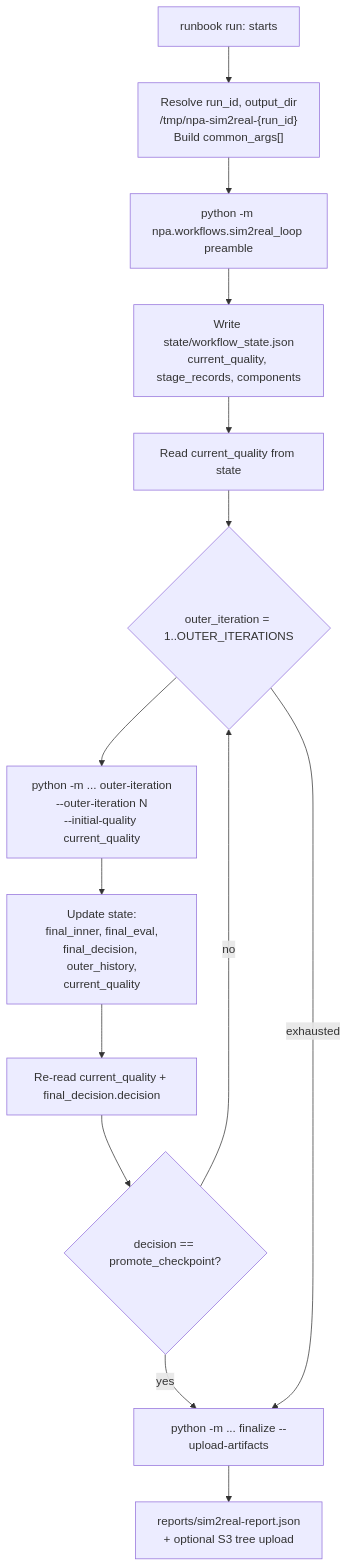
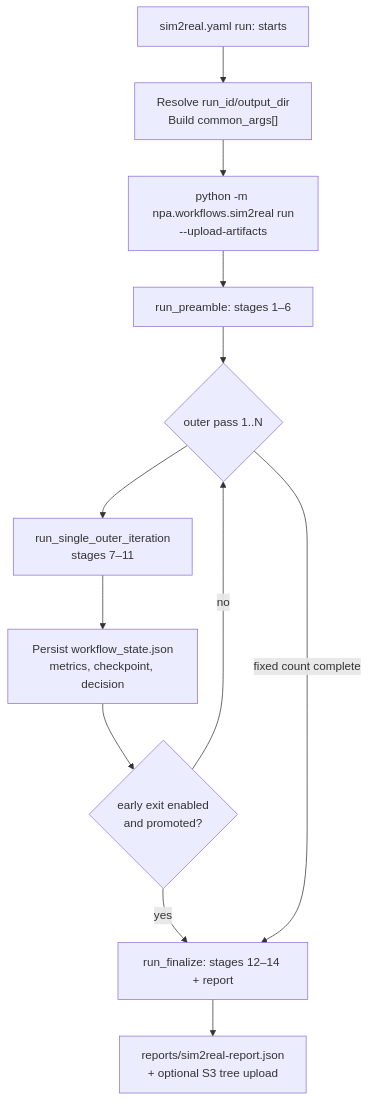
Before and after one commit to nebius/nebius-physical-ai: the second of 6 diagrams in docs/workbench/guides/sim2real-architecture.md, drawn with Mermaid. The commit also changed other lines of this file and 56 other files, not shown here.

Commit message:
feat(sim2real): make canonical workflow operator ready

````diff
--- a/docs/workbench/guides/sim2real-architecture.md
+++ b/docs/workbench/guides/sim2real-architecture.md
@@ -55,17 +56,15 @@
 ```mermaid
 flowchart TD
-  START["runbook run: starts"] --> SETUP["Resolve run_id, output_dir<br/>/tmp/npa-sim2real-{run_id}<br/>Build common_args[]"]
-  SETUP --> P["python -m npa.workflows.sim2real_loop preamble"]
-  P --> STATE["Write state/workflow_state.json<br/>current_quality, stage_records, components"]
-  STATE --> READQ["Read current_quality from state"]
-  READQ --> LOOP{"outer_iteration = 1..OUTER_ITERATIONS"}
-  LOOP --> OI["python -m ... outer-iteration<br/>--outer-iteration N<br/>--initial-quality current_quality"]
-  OI --> UPD["Update state:<br/>final_inner, final_eval,<br/>final_decision, outer_history,<br/>current_quality"]
-  UPD --> READQ2["Re-read current_quality + final_decision.decision"]
-  READQ2 --> PROMOTE{"decision == promote_checkpoint?"}
-  PROMOTE -->|yes| FIN
-  PROMOTE -->|no| LOOP
-  LOOP -->|exhausted| FIN
-  FIN["python -m ... finalize --upload-artifacts"]
+  START["sim2real.yaml run: starts"] --> SETUP["Resolve run_id/output_dir<br/>Build common_args[]"]
+  SETUP --> RUN["python -m npa.workflows.sim2real run<br/>--upload-artifacts"]
+  RUN --> P["run_preamble: stages 1–6"]
+  P --> LOOP{"outer pass 1..N"}
+  LOOP --> OI["run_single_outer_iteration<br/>stages 7–11"]
+  OI --> STATE["Persist workflow_state.json<br/>metrics, checkpoint, decision"]
+  STATE --> EARLY{"early exit enabled<br/>and promoted?"}
+  EARLY -->|no| LOOP
+  EARLY -->|yes| FIN
+  LOOP -->|fixed count complete| FIN
+  FIN["run_finalize: stages 12–14 + report"]
   FIN --> REPORT["reports/sim2real-report.json<br/>+ optional S3 tree upload"]
 ```
````
